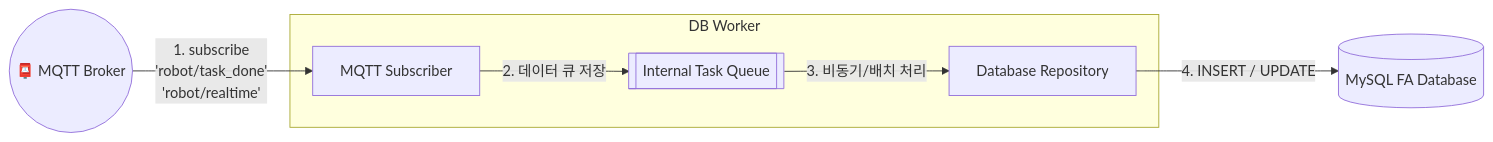
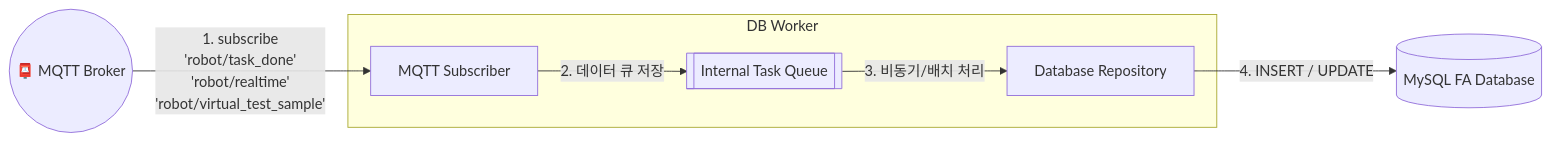
Before and after one commit to HeungJAELEE/Busan_Robot: the diagram in backend/db_worker/README.md, drawn with Mermaid. The commit also changed other lines of this file and 24 other files, not shown here.

````diff
--- a/backend/db_worker/README.md
+++ b/backend/db_worker/README.md
@@ -9,16 +9,16 @@
 ```mermaid
 flowchart LR
     MQTT((📮 MQTT Broker))
     DB[(MySQL FA Database)]
     
     subgraph DB Worker
         S[MQTT Subscriber]
         Q[[Internal Task Queue]]
         R[Database Repository]
     end
 
-    MQTT -->|1. subscribe<br/>'robot/task_done'<br/>'robot/realtime'| S
+    MQTT -->|1. subscribe<br/>'robot/task_done'<br/>'robot/realtime'<br/>'robot/virtual_test_sample'| S
     S -->|2. 데이터 큐 저장| Q
     Q -->|3. 비동기/배치 처리| R
     R -->|4. INSERT / UPDATE| DB
 ```
````
